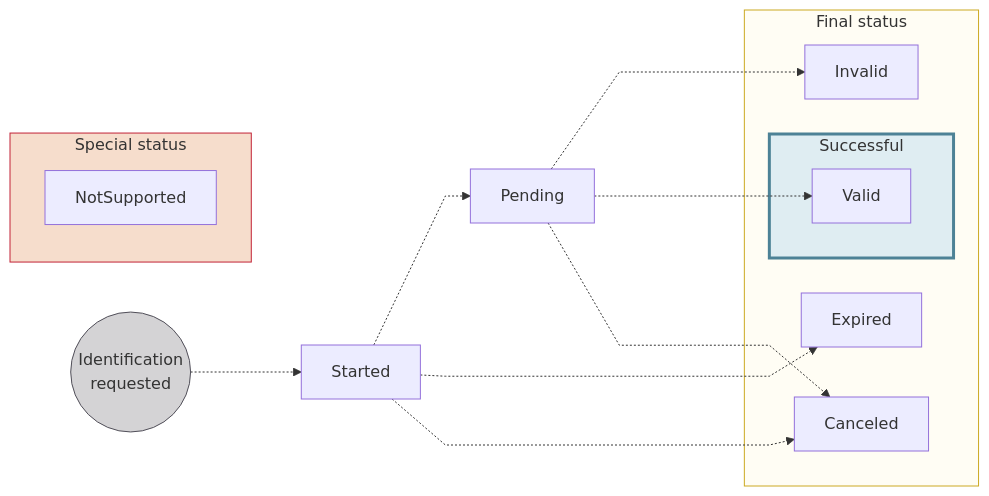
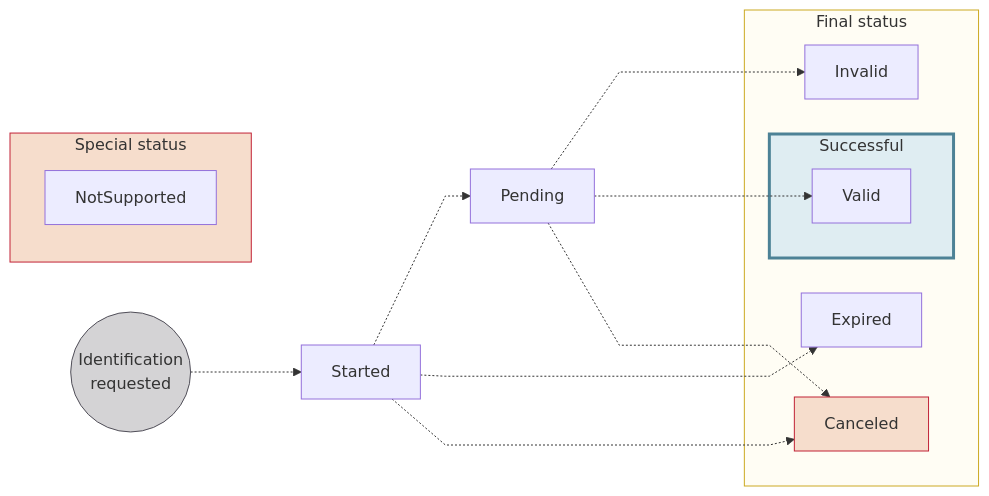
One commit to swan-io/docs changed the diagram in docs/users/concepts/identifications/statuses.mdx. Above: the diagram before and after it, drawn with Mermaid. The commit also changed other lines of this file and 2 other files, not shown here.

````diff
--- a/docs/users/concepts/identifications/statuses.mdx
+++ b/docs/users/concepts/identifications/statuses.mdx
@@ -18,28 +18,29 @@
 ```mermaid
 %%{ init: { 'flowchart': { 'curve': 'linear' } } }%%
 flowchart LR
     IS((Identification<br/>requested)) -.-> S[Started]
     S -.-> P[Pending]
     S -.-> E[Expired]
     S -.-> C
     P -.-> I[Invalid]
     P -...-> V[Valid]
     P -.-> C[Canceled]
     NSU[NotSupported]
     subgraph SU[Successful]
         V
     end
     subgraph F[Final status]
         I
         SU
         C
         E
     end
     subgraph SS[Special status]
         NSU
     end
     style IS fill:#D4D3D5,stroke:#514F59
     style F fill:#fffdf4,stroke:#cca922
     style SU fill:#dfedf2,stroke:#4d8296,stroke-width:3px
     style SS fill:#f6ddcc,stroke:#c12236
+    style C fill:#f6ddcc,stroke:#c12236
 ```
````
